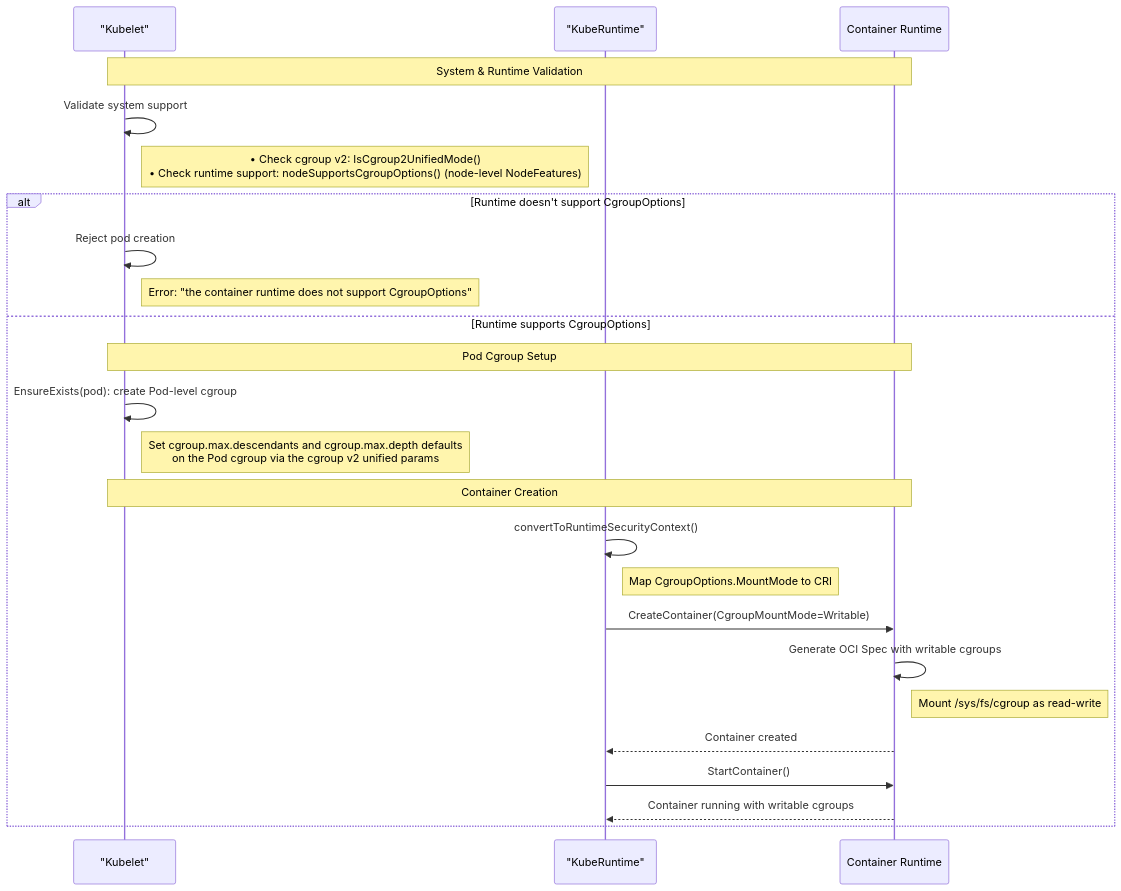
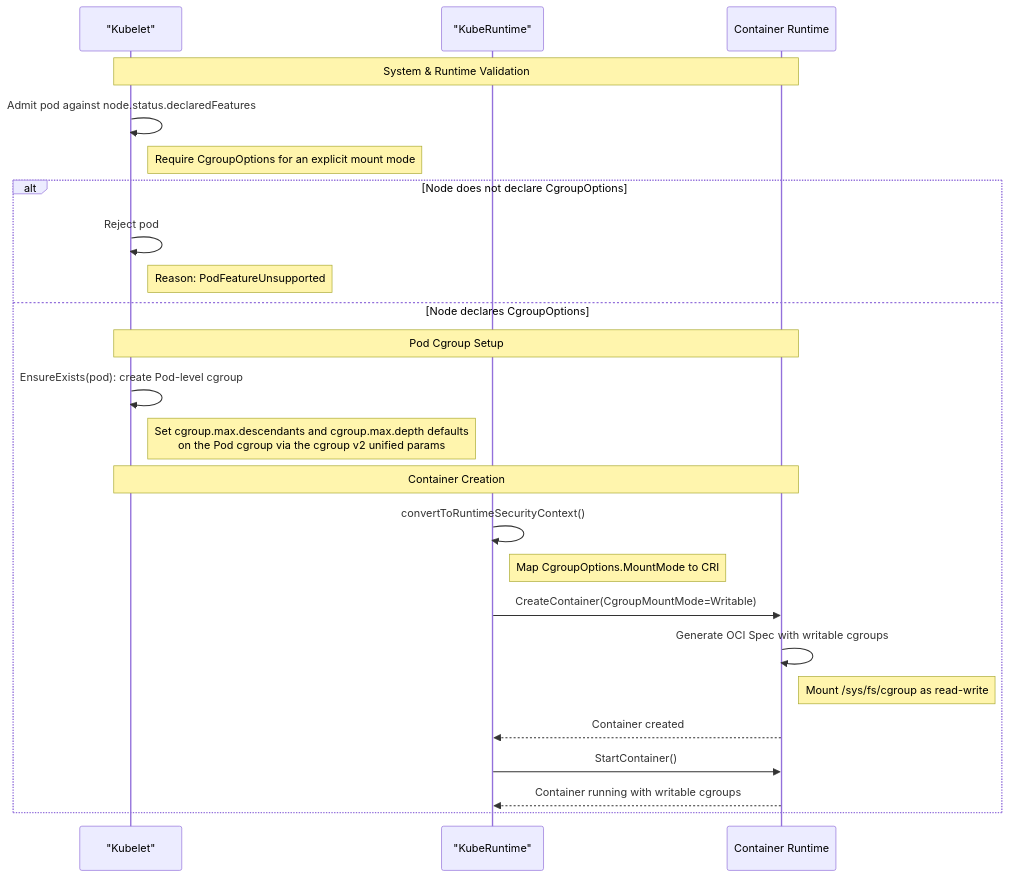
The diagram in keps/sig-node/5474-enable-writable-cgroups/README.md (kubernetes/enhancements), drawn with Mermaid before and after one commit. The commit also changed other lines of this file, not shown here.

First line of the commit message:
KEP-5474: Declare CgroupOptions node support

````diff
--- a/keps/sig-node/5474-enable-writable-cgroups/README.md
+++ b/keps/sig-node/5474-enable-writable-cgroups/README.md
@@ -295,37 +303,37 @@
 ```mermaid
 sequenceDiagram
     participant Kubelet as "Kubelet"
     participant KubeRuntime as "KubeRuntime"
     participant Container Runtime
 
     Note over Kubelet,Container Runtime: System & Runtime Validation
 
-    Kubelet->>Kubelet: Validate system support
-    Note right of Kubelet: • Check cgroup v2: IsCgroup2UnifiedMode()<br/>• Check runtime support: nodeSupportsCgroupOptions() (node-level NodeFeatures)
+    Kubelet->>Kubelet: Admit pod against node.status.declaredFeatures
+    Note right of Kubelet: Require CgroupOptions for an explicit mount mode
 
-    alt Runtime doesn't support CgroupOptions
-        Kubelet->>Kubelet: Reject pod creation
-        Note right of Kubelet: Error: "the container runtime does not support CgroupOptions"
-    else Runtime supports CgroupOptions
+    alt Node does not declare CgroupOptions
+        Kubelet->>Kubelet: Reject pod
+        Note right of Kubelet: Reason: PodFeatureUnsupported
+    else Node declares CgroupOptions
 
         Note over Kubelet,Container Runtime: Pod Cgroup Setup
 
         Kubelet->>Kubelet: EnsureExists(pod): create Pod-level cgroup
         Note right of Kubelet: Set cgroup.max.descendants and cgroup.max.depth defaults<br/>on the Pod cgroup via the cgroup v2 unified params
 
         Note over Kubelet,Container Runtime: Container Creation
         
         KubeRuntime->>KubeRuntime: convertToRuntimeSecurityContext()
         Note right of KubeRuntime: Map CgroupOptions.MountMode to CRI
 
         KubeRuntime->>Container Runtime: CreateContainer(CgroupMountMode=Writable)
         
         Container Runtime->>Container Runtime: Generate OCI Spec with writable cgroups
         Note right of Container Runtime: Mount /sys/fs/cgroup as read-write
 
         Container Runtime-->>KubeRuntime: Container created
         
         KubeRuntime->>Container Runtime: StartContainer()
         Container Runtime-->>KubeRuntime: Container running with writable cgroups
     end
 ```
````
